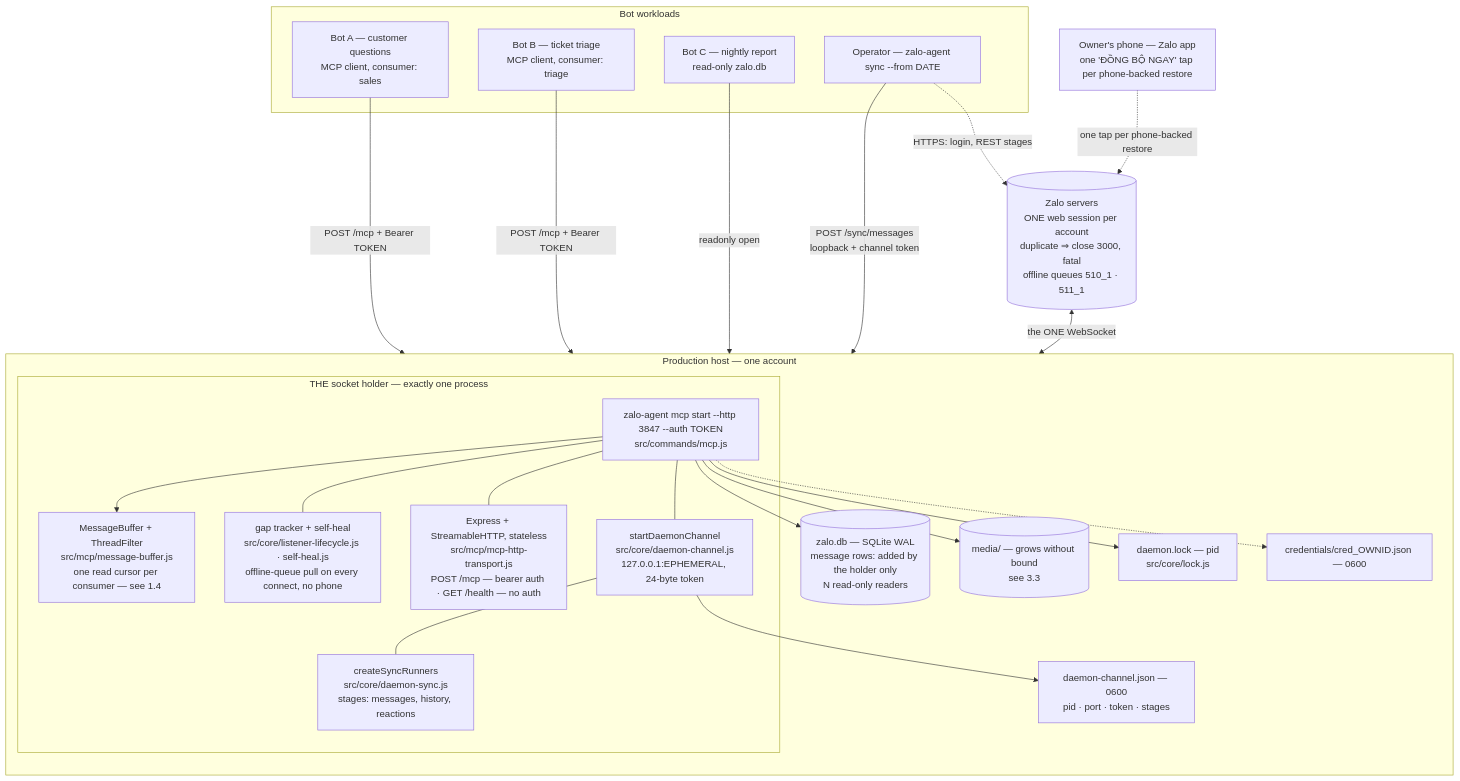
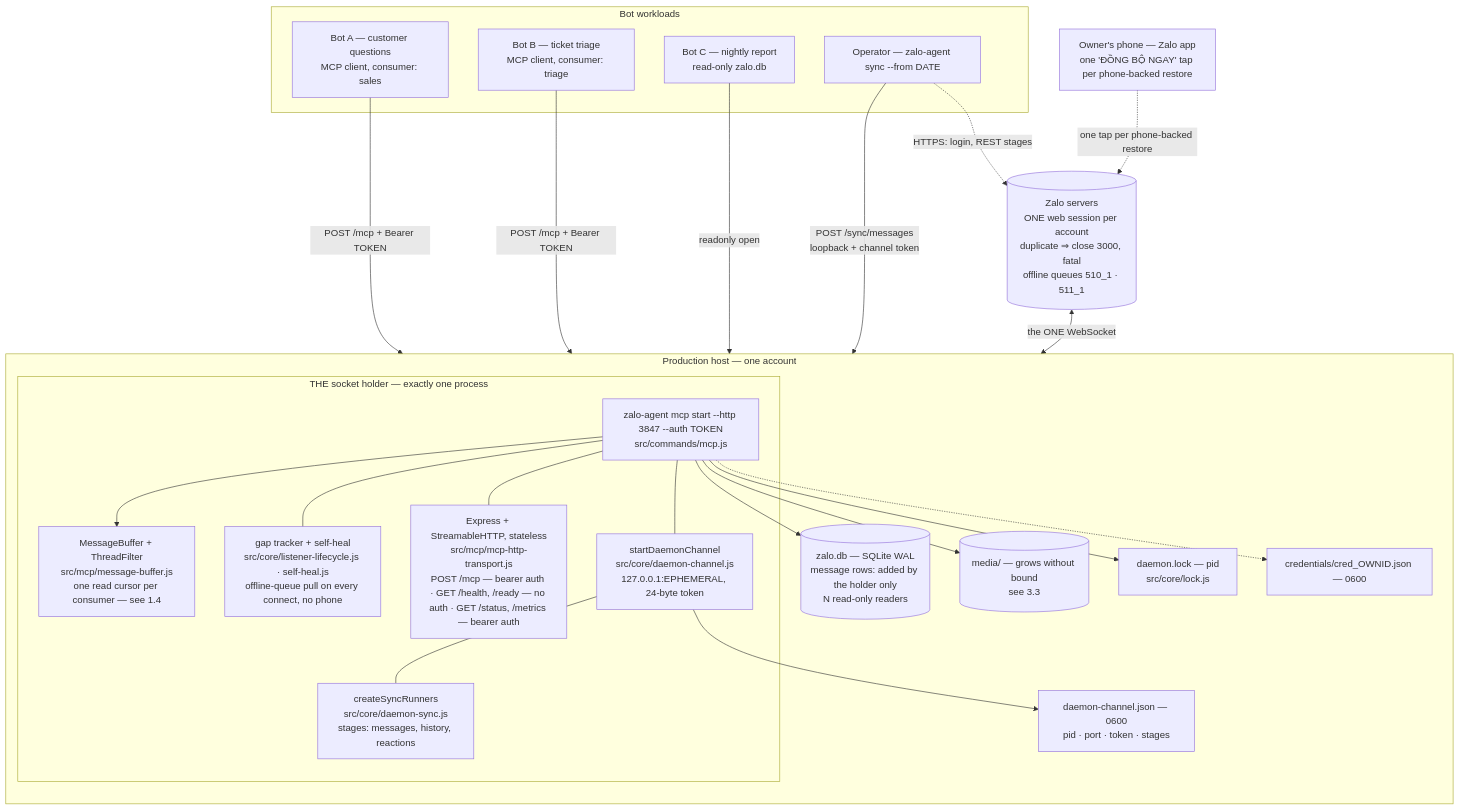
One commit to ardennguyen/zalo-agent-cli changed the first of 2 diagrams in docs/deployment.md. Above: the diagram before and after it, drawn with Mermaid. The commit also changed other lines of this file and 21 other files, not shown here.

First line of the commit message:
feat: real health and metrics for both daemons

````diff
--- a/docs/deployment.md
+++ b/docs/deployment.md
@@ -175,48 +175,48 @@
 ```mermaid
 flowchart TB
     phone["Owner's phone — Zalo app<br/>one 'ĐỒNG BỘ NGAY' tap per phone-backed restore"]
     zalo[("Zalo servers<br/>ONE web session per account<br/>duplicate ⇒ close 3000, fatal<br/>offline queues 510_1 · 511_1")]
 
     subgraph host["Production host — one account"]
       direction TB
       subgraph holder["THE socket holder — exactly one process"]
         proc["zalo-agent mcp start --http 3847 --auth TOKEN<br/>src/commands/mcp.js"]
-        http["Express + StreamableHTTP, stateless<br/>src/mcp/mcp-http-transport.js<br/>POST /mcp — bearer auth · GET /health — no auth"]
+        http["Express + StreamableHTTP, stateless<br/>src/mcp/mcp-http-transport.js<br/>POST /mcp — bearer auth · GET /health, /ready — no auth · GET /status, /metrics — bearer auth"]
         buf["MessageBuffer + ThreadFilter<br/>src/mcp/message-buffer.js<br/>one read cursor per consumer — see 1.4"]
         heal["gap tracker + self-heal<br/>src/core/listener-lifecycle.js · self-heal.js<br/>offline-queue pull on every connect, no phone"]
         chan["startDaemonChannel<br/>src/core/daemon-channel.js<br/>127.0.0.1:EPHEMERAL, 24-byte token"]
         run["createSyncRunners<br/>src/core/daemon-sync.js<br/>stages: messages, history, reactions"]
       end
       lock["daemon.lock — pid<br/>src/core/lock.js"]
       cj["daemon-channel.json — 0600<br/>pid · port · token · stages"]
       db[("zalo.db — SQLite WAL<br/>message rows: added by the holder only<br/>N read-only readers")]
       med[("media/ — grows without bound<br/>see 3.3")]
       cred["credentials/cred_OWNID.json — 0600"]
     end
 
     subgraph bots["Bot workloads"]
       b1["Bot A — customer questions<br/>MCP client, consumer: sales"]
       b2["Bot B — ticket triage<br/>MCP client, consumer: triage"]
       b3["Bot C — nightly report<br/>read-only zalo.db"]
       b4["Operator — zalo-agent sync --from DATE"]
     end
 
     phone -.->|"one tap per phone-backed restore"| zalo
     zalo <-->|"the ONE WebSocket"| proc
     proc --> buf
     proc --- heal
     proc --> db
     proc --> med
     proc --> lock
     proc --- http
     proc --- chan
     chan --- run
     chan --> cj
     proc -.-> cred
 
     b1 -->|"POST /mcp + Bearer TOKEN"| http
     b2 -->|"POST /mcp + Bearer TOKEN"| http
     b3 -->|"readonly open"| db
     b4 -->|"POST /sync/messages<br/>loopback + channel token"| chan
     b4 -.->|"HTTPS: login, REST stages"| zalo
 ```
````
